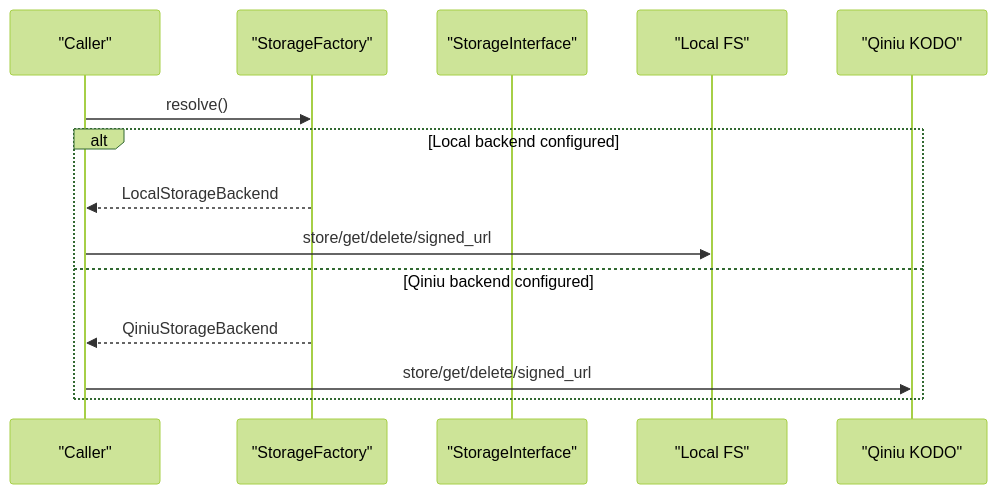
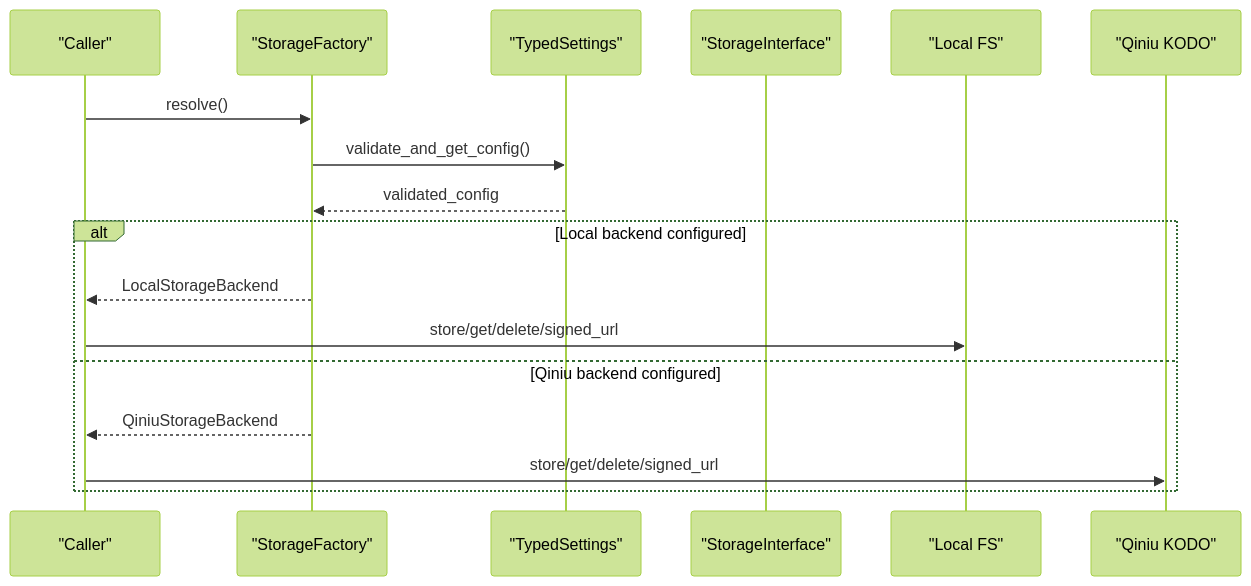
One commit to zuohaisu/wecom-archive changed the third of 11 diagrams in .qoder/repowiki/en/content/Architecture/Storage Abstraction Layer/Storage Abstraction Layer.md. Above: the diagram before and after it, drawn with Mermaid (forest theme). The commit also changed other lines of this file and 97 other files, not shown here.

````diff
--- a/.qoder/repowiki/en/content/Architecture/Storage Abstraction Layer/Storage Abstraction Layer.md
+++ b/.qoder/repowiki/en/content/Architecture/Storage Abstraction Layer/Storage Abstraction Layer.md
@@ -188,16 +207,19 @@
 ```mermaid
 sequenceDiagram
 participant Caller as "Caller"
 participant Factory as "StorageFactory"
+participant Settings as "TypedSettings"
 participant Backend as "StorageInterface"
 participant Disk as "Local FS"
 participant Qiniu as "Qiniu KODO"
 Caller->>Factory : resolve()
+Factory->>Settings : validate_and_get_config()
+Settings-->>Factory : validated_config
 alt Local backend configured
 Factory-->>Caller : LocalStorageBackend
 Caller->>Disk : store/get/delete/signed_url
 else Qiniu backend configured
 Factory-->>Caller : QiniuStorageBackend
 Caller->>Qiniu : store/get/delete/signed_url
 end
 ```
````
